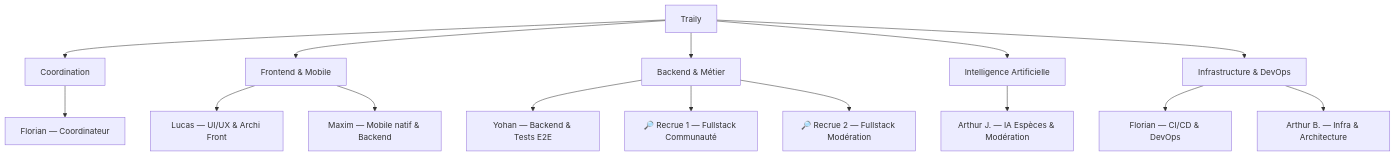
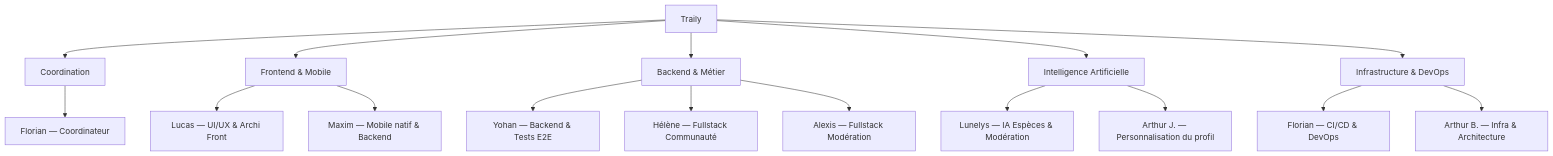
Before and after one commit to Traily-org/Docs: the first of 2 diagrams in docs/OBS.md, drawn with Mermaid. The commit also changed other lines of this file and 5 other files, not shown here.

````diff
--- a/docs/OBS.md
+++ b/docs/OBS.md
@@ -7,22 +7,23 @@
 ```mermaid
 graph TD
     A["Traily"] --> B["Coordination"]
     A --> C["Frontend & Mobile"]
     A --> D["Backend & Métier"]
     A --> E["Intelligence Artificielle"]
     A --> F["Infrastructure & DevOps"]
 
     B --> B1["Florian — Coordinateur"]
 
     C --> C1["Lucas — UI/UX & Archi Front"]
     C --> C2["Maxim — Mobile natif & Backend"]
 
     D --> D1["Yohan — Backend & Tests E2E"]
-    D --> D2["🔎 Recrue 1 — Fullstack Communauté"]
-    D --> D3["🔎 Recrue 2 — Fullstack Modération"]
+    D --> D2["Hélène — Fullstack Communauté"]
+    D --> D3["Alexis — Fullstack Modération"]
 
-    E --> E1["Arthur J. — IA Espèces & Modération"]
+    E --> E1["Lunelys — IA Espèces & Modération"]
+    E --> E2["Arthur J. — Personnalisation du profil"]
 
     F --> F1["Florian — CI/CD & DevOps"]
     F --> F2["Arthur B. — Infra & Architecture"]
 ```
````
